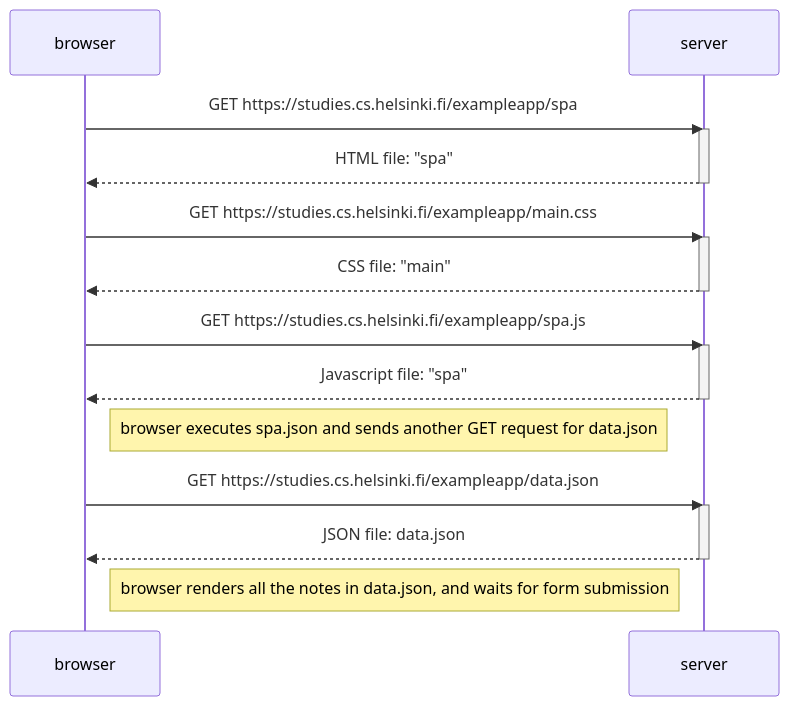
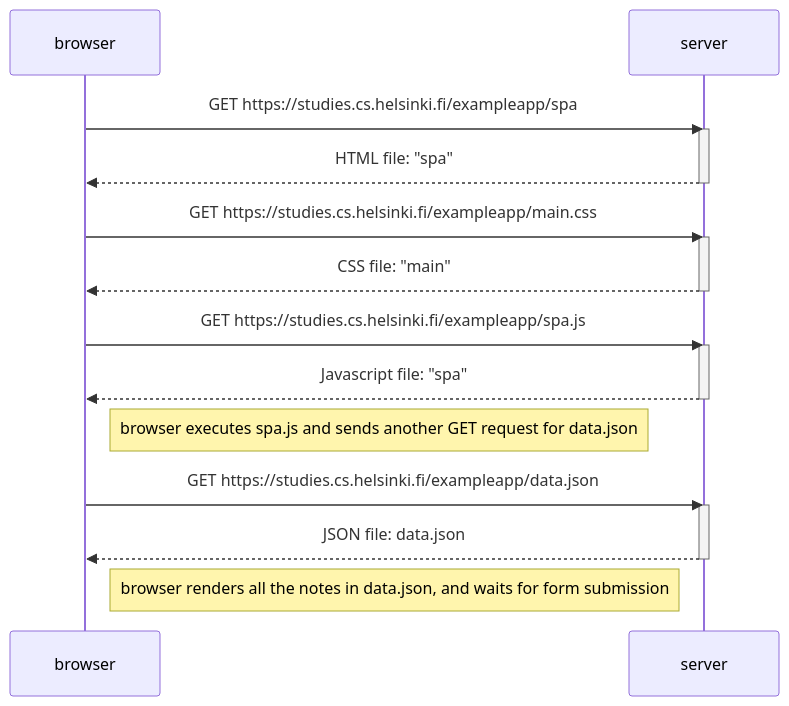
Before and after one commit to aeryskyB/part0-fullstackopen-23: the diagram in exercises/05_single_page_app_diagram.md, drawn with Mermaid.

Commit message:
Update 05_single_page_app_diagram.md
--update
    v.2

````diff
--- a/exercises/05_single_page_app_diagram.md
+++ b/exercises/05_single_page_app_diagram.md
@@ -1,27 +1,27 @@
 ```mermaid
 sequenceDiagram
     participant browser
     participant server
 
     browser->>server: GET https://studies.cs.helsinki.fi/exampleapp/spa
     activate server
     server-->>browser: HTML file: "spa"
     deactivate server
 
     browser->>server: GET https://studies.cs.helsinki.fi/exampleapp/main.css
     activate server
     server-->>browser: CSS file: "main"
     deactivate server
 
     browser->>server: GET https://studies.cs.helsinki.fi/exampleapp/spa.js
     activate server
     server-->>browser: Javascript file: "spa"
     deactivate server
-    Note right of browser: browser executes spa.json and sends another GET request for data.json
+    Note right of browser: browser executes spa.js and sends another GET request for data.json
 
     browser->>server: GET https://studies.cs.helsinki.fi/exampleapp/data.json
     activate server
     server-->>browser: JSON file: data.json
     deactivate server
     Note right of browser: browser renders all the notes in data.json, and waits for form submission
 ```
````
